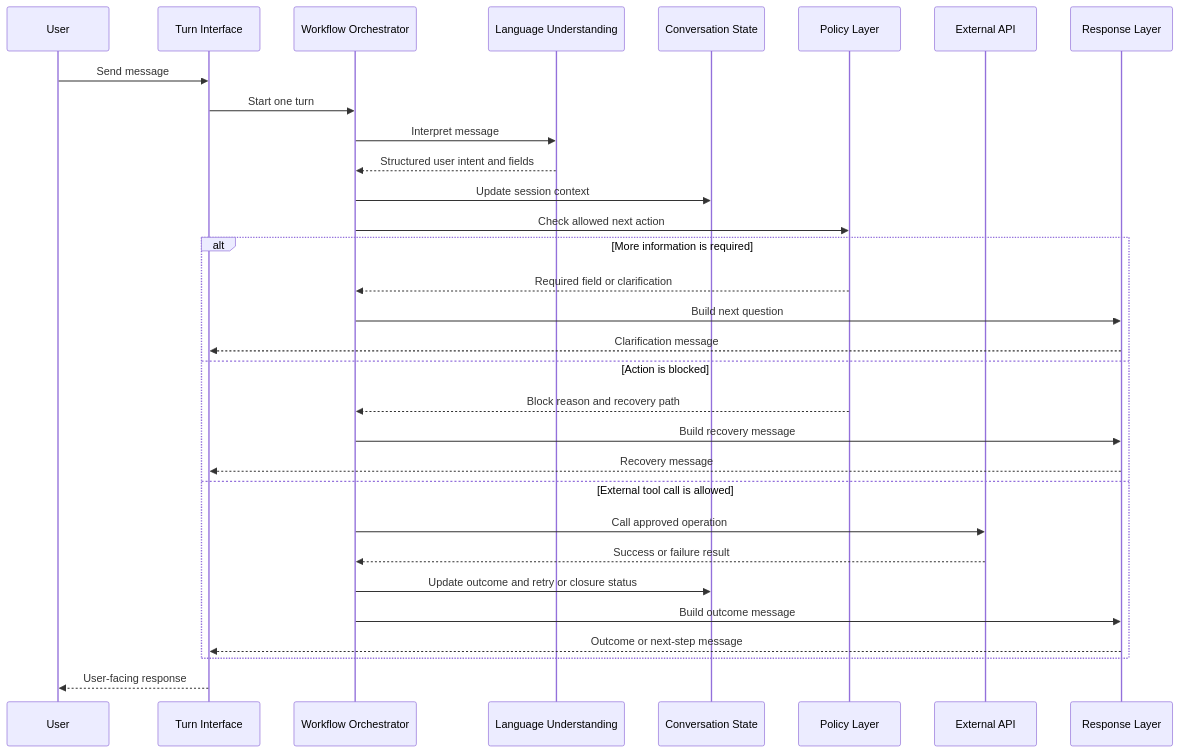
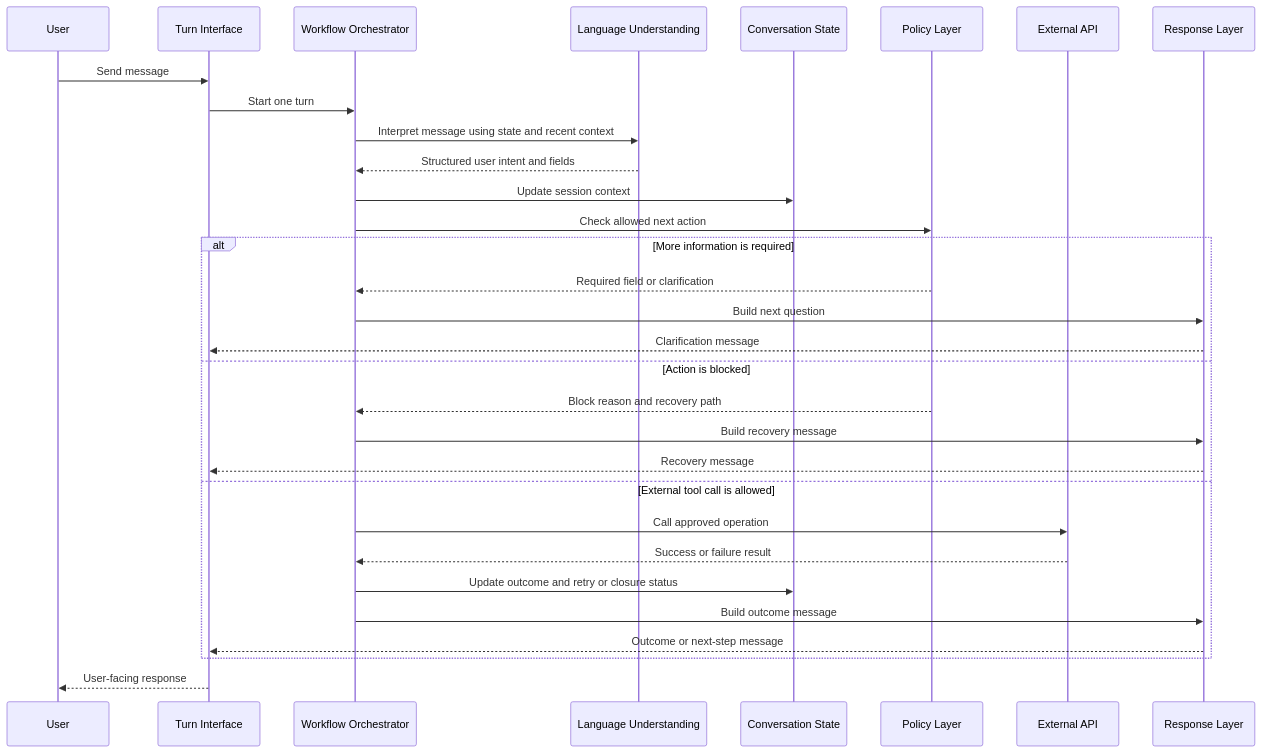
One commit to KayvanShah1/settlesentry-payment-collection-agent changed the third of 3 diagrams in docs/DESIGN.md. Above: the diagram before and after it, drawn with Mermaid. The commit also changed other lines of this file and 4 other files, not shown here.

````diff
--- a/docs/DESIGN.md
+++ b/docs/DESIGN.md
@@ -209,38 +209,38 @@
 ```mermaid
 sequenceDiagram
     participant User
     participant Interface as Turn Interface
     participant Workflow as Workflow Orchestrator
     participant Parser as Language Understanding
     participant State as Conversation State
     participant Policy as Policy Layer
     participant API as External API
     participant Response as Response Layer
 
     User->>Interface: Send message
     Interface->>Workflow: Start one turn
 
-    Workflow->>Parser: Interpret message
+    Workflow->>Parser: Interpret message using state and recent context
     Parser-->>Workflow: Structured user intent and fields
 
     Workflow->>State: Update session context
     Workflow->>Policy: Check allowed next action
 
     alt More information is required
         Policy-->>Workflow: Required field or clarification
         Workflow->>Response: Build next question
         Response-->>Interface: Clarification message
     else Action is blocked
         Policy-->>Workflow: Block reason and recovery path
         Workflow->>Response: Build recovery message
         Response-->>Interface: Recovery message
     else External tool call is allowed
         Workflow->>API: Call approved operation
         API-->>Workflow: Success or failure result
         Workflow->>State: Update outcome and retry or closure status
         Workflow->>Response: Build outcome message
         Response-->>Interface: Outcome or next-step message
     end
 
     Interface-->>User: User-facing response
 ```
````
